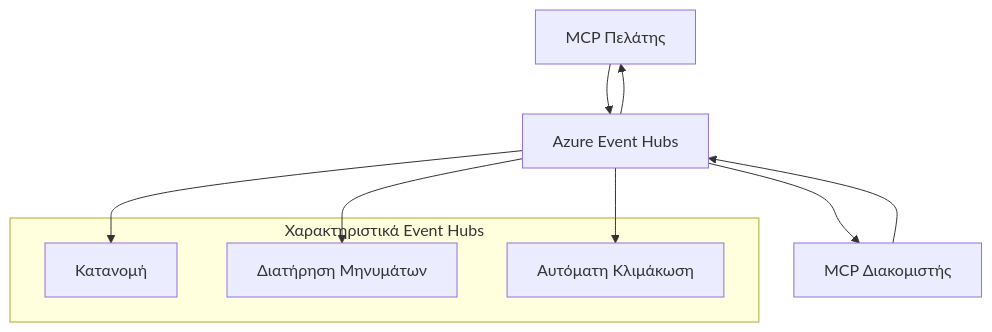
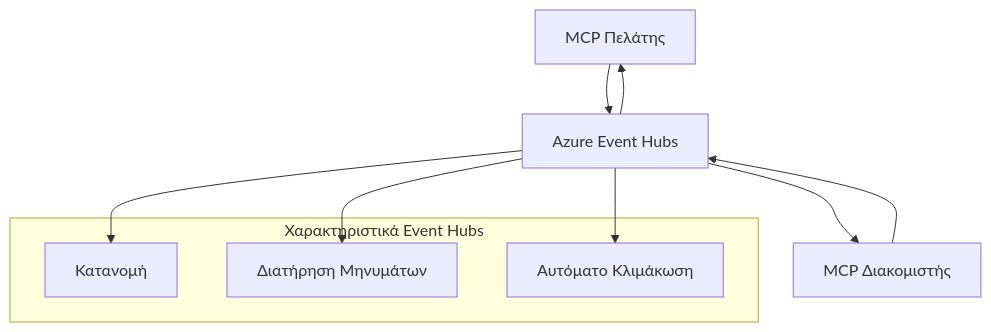
The second of 2 diagrams in mcp_ecosystem__model_context_protocol/mcp_learning_resources/mcp-for-beginners/translations/el/05-AdvancedTopics/mcp-transport/README.md (HIDORAKAI002/ai-workspace-archive), drawn with Mermaid before and after one commit. The commit also changed other lines of this file and 1539 other files, not shown here.

````diff
--- a/mcp_ecosystem__model_context_protocol/mcp_learning_resources/mcp-for-beginners/translations/el/05-AdvancedTopics/mcp-transport/README.md
+++ b/mcp_ecosystem__model_context_protocol/mcp_learning_resources/mcp-for-beginners/translations/el/05-AdvancedTopics/mcp-transport/README.md
@@ -269,17 +270,17 @@
 ```mermaid
 graph TB
     Client[MCP Πελάτης] --> EH[Azure Event Hubs]
     EH --> Server[MCP Διακομιστής]
     Server --> EH
     EH --> Client
     
     subgraph "Χαρακτηριστικά Event Hubs"
         Partition[Κατανομή]
         Retention[Διατήρηση Μηνυμάτων]
-        Scaling[Αυτόματη Κλιμάκωση]
+        Scaling[Αυτόματο Κλιμάκωση]
     end
     
     EH --> Partition
     EH --> Retention
     EH --> Scaling
 ```
````
